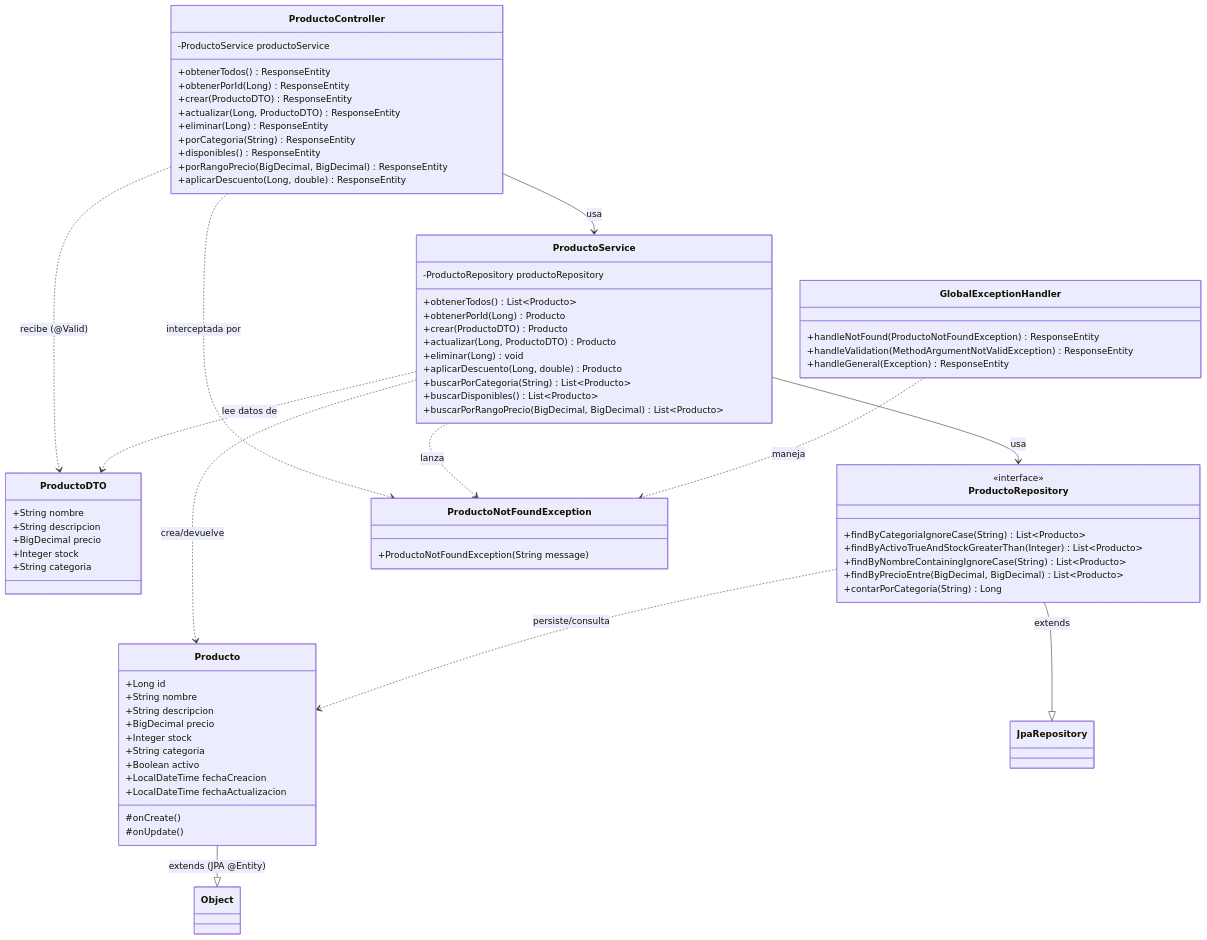
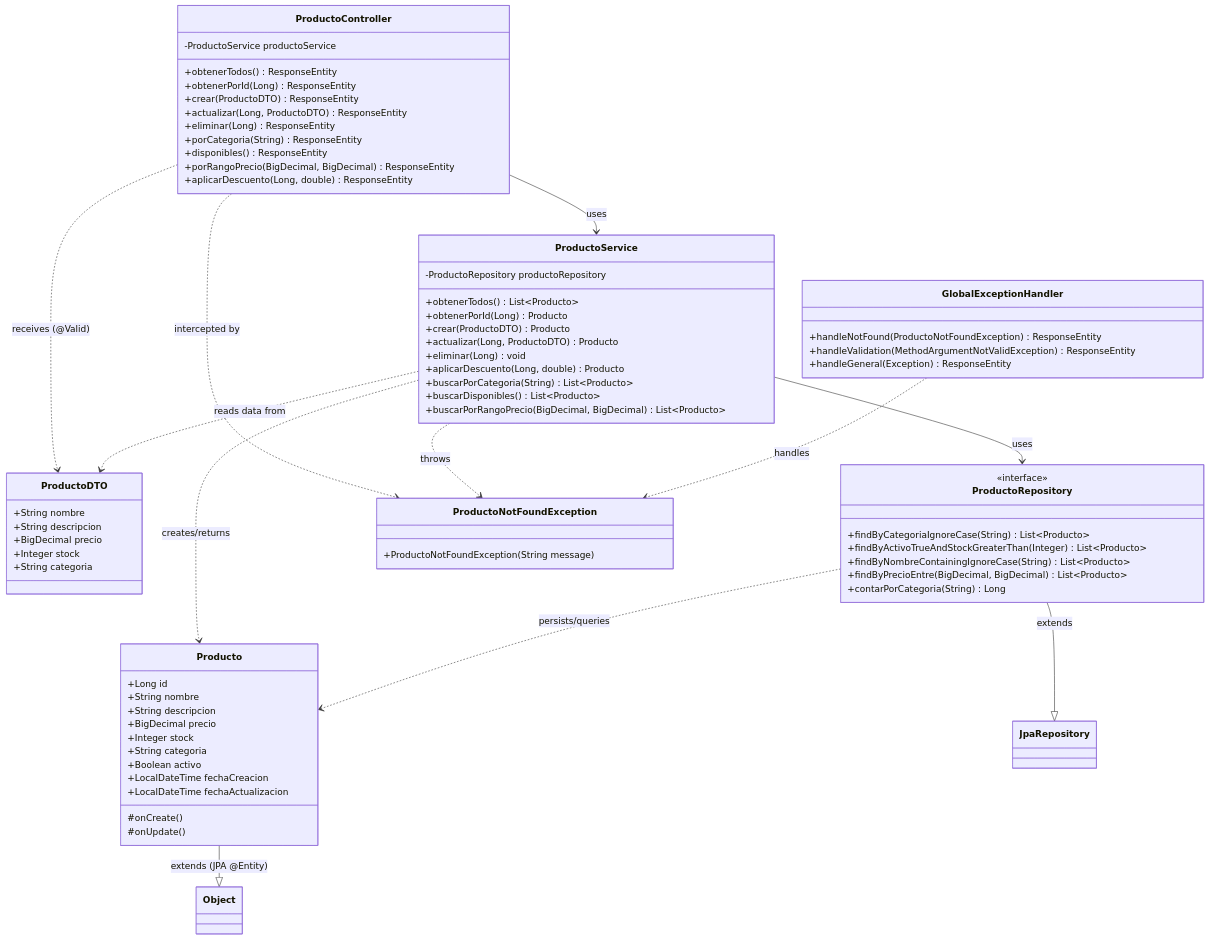
One commit to capvasqu/gestion-productos changed the third of 4 diagrams in ARCHITECTURE.md. Above: the diagram before and after it, drawn with Mermaid. The commit also changed other lines of this file and 2 other files, not shown here.

````diff
--- a/ARCHITECTURE.md
+++ b/ARCHITECTURE.md
@@ -74,81 +74,81 @@
 ```mermaid
 classDiagram
     class Producto {
         +Long id
         +String nombre
         +String descripcion
         +BigDecimal precio
         +Integer stock
         +String categoria
         +Boolean activo
         +LocalDateTime fechaCreacion
         +LocalDateTime fechaActualizacion
         #onCreate()
         #onUpdate()
     }
 
     class ProductoDTO {
         +String nombre
         +String descripcion
         +BigDecimal precio
         +Integer stock
         +String categoria
     }
 
     class ProductoRepository {
         <<interface>>
         +findByCategoriaIgnoreCase(String) List~Producto~
         +findByActivoTrueAndStockGreaterThan(Integer) List~Producto~
         +findByNombreContainingIgnoreCase(String) List~Producto~
         +findByPrecioEntre(BigDecimal, BigDecimal) List~Producto~
         +contarPorCategoria(String) Long
     }
 
     class ProductoService {
         -ProductoRepository productoRepository
         +obtenerTodos() List~Producto~
         +obtenerPorId(Long) Producto
         +crear(ProductoDTO) Producto
         +actualizar(Long, ProductoDTO) Producto
         +eliminar(Long) void
         +aplicarDescuento(Long, double) Producto
         +buscarPorCategoria(String) List~Producto~
         +buscarDisponibles() List~Producto~
         +buscarPorRangoPrecio(BigDecimal, BigDecimal) List~Producto~
     }
 
     class ProductoController {
         -ProductoService productoService
         +obtenerTodos() ResponseEntity
         +obtenerPorId(Long) ResponseEntity
         +crear(ProductoDTO) ResponseEntity
         +actualizar(Long, ProductoDTO) ResponseEntity
         +eliminar(Long) ResponseEntity
         +porCategoria(String) ResponseEntity
         +disponibles() ResponseEntity
         +porRangoPrecio(BigDecimal, BigDecimal) ResponseEntity
         +aplicarDescuento(Long, double) ResponseEntity
     }
 
     class ProductoNotFoundException {
         +ProductoNotFoundException(String message)
     }
 
     class GlobalExceptionHandler {
         +handleNotFound(ProductoNotFoundException) ResponseEntity
         +handleValidation(MethodArgumentNotValidException) ResponseEntity
         +handleGeneral(Exception) ResponseEntity
     }
 
-    ProductoController --> ProductoService : usa
-    ProductoController ..> ProductoDTO : recibe (@Valid)
-    ProductoController ..> ProductoNotFoundException : interceptada por
-    ProductoService --> ProductoRepository : usa
-    ProductoService ..> ProductoDTO : lee datos de
-    ProductoService ..> Producto : crea/devuelve
-    ProductoService ..> ProductoNotFoundException : lanza
-    ProductoRepository ..> Producto : persiste/consulta
-    GlobalExceptionHandler ..> ProductoNotFoundException : maneja
+    ProductoController --> ProductoService : uses
+    ProductoController ..> ProductoDTO : receives (@Valid)
+    ProductoController ..> ProductoNotFoundException : intercepted by
+    ProductoService --> ProductoRepository : uses
+    ProductoService ..> ProductoDTO : reads data from
+    ProductoService ..> Producto : creates/returns
+    ProductoService ..> ProductoNotFoundException : throws
+    ProductoRepository ..> Producto : persists/queries
+    GlobalExceptionHandler ..> ProductoNotFoundException : handles
     Producto --|> Object : extends (JPA @Entity)
     ProductoRepository --|> JpaRepository : extends
 ```
````
